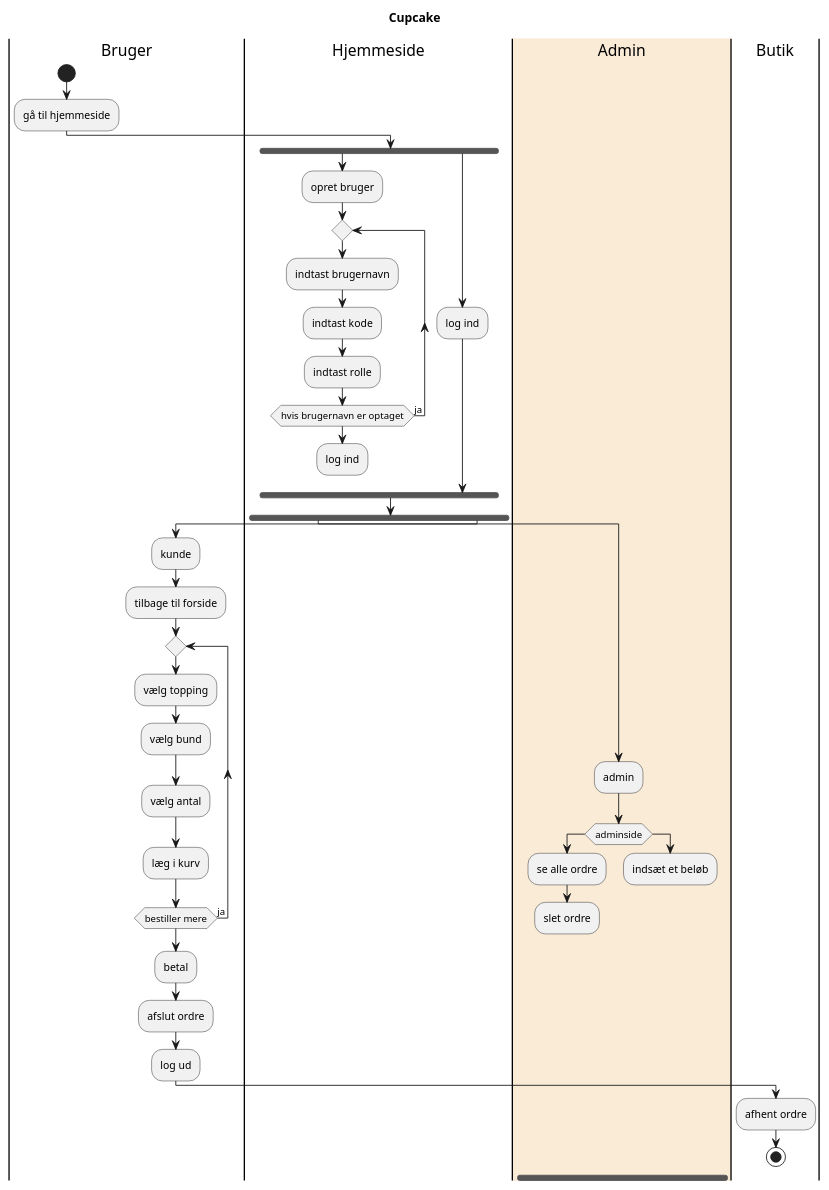
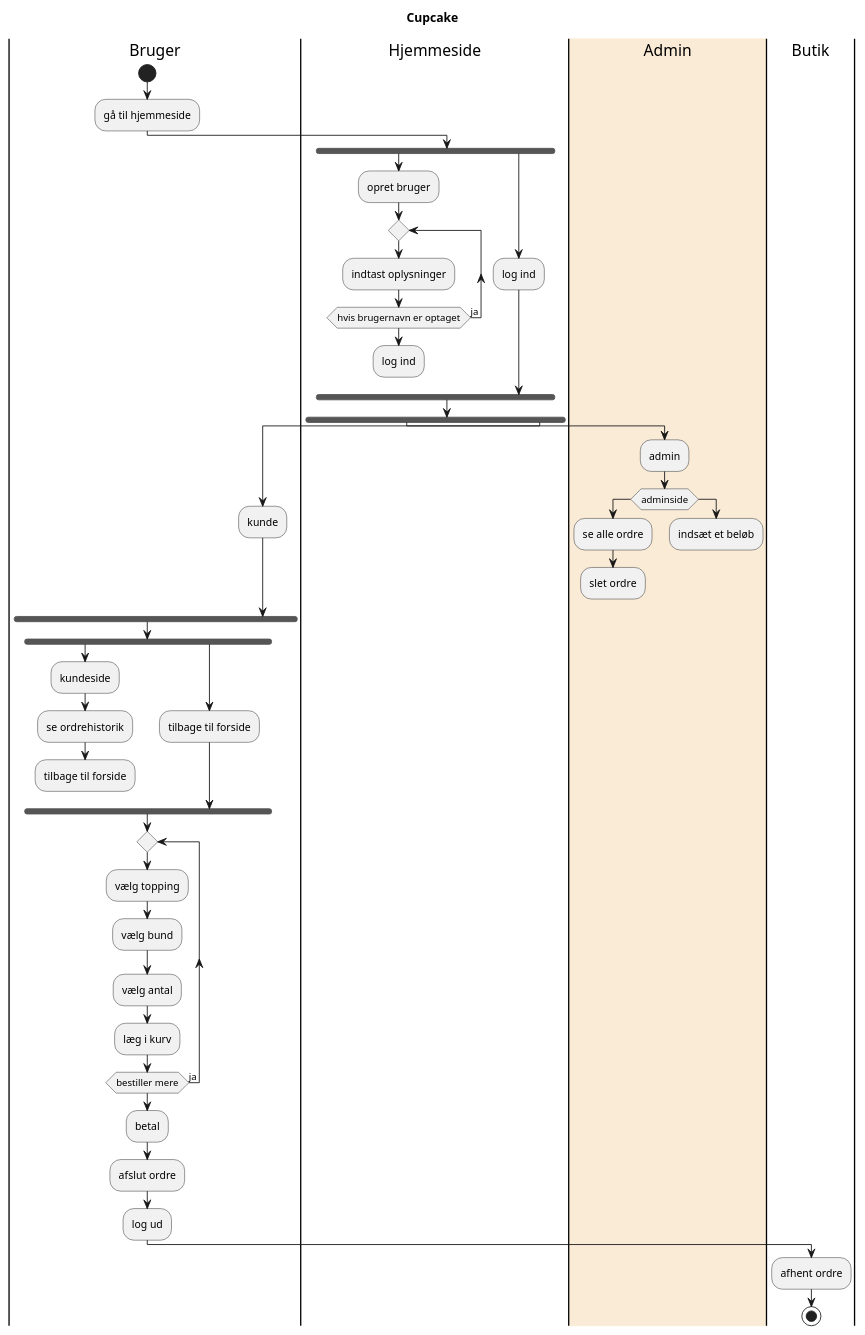
The diagram in src/main/plantuml/aktivitetsdiagram.puml (JuliusLansner/CupcakeOpgave), drawn with PlantUML before and after one commit.

Commit message:
update diagram

```diff
--- a/src/main/plantuml/aktivitetsdiagram.puml
+++ b/src/main/plantuml/aktivitetsdiagram.puml
@@ -1,45 +1,51 @@
 @startuml
 Title Cupcake
 |Bruger|
 start
 :gå til hjemmeside;
 |Hjemmeside|
 fork
 :opret bruger;
 repeat
-:indtast brugernavn;
-:indtast kode;
-:indtast rolle;
+:indtast oplysninger;
 repeat while (hvis brugernavn er optaget) is (ja)
 :log ind;
 detach
 fork again
 :log ind;
 end fork
 fork
 |#AntiqueWhite| Admin |
 :admin;
 if (adminside)
 :se alle ordre;
 :slet ordre;
 else ()
   :indsæt et beløb;
 endif
 detach
 fork again
 |Bruger|
 :kunde;
+end fork
+fork
+:kundeside;
+:se ordrehistorik;
 :tilbage til forside;
+detach
+fork again
+:tilbage til forside;
+end fork
 repeat
 :vælg topping;
 :vælg bund;
 :vælg antal;
 :læg i kurv;
 repeat while (bestiller mere) is (ja)
 :betal;
 :afslut ordre;
 :log ud;
 |Butik|
 :afhent ordre;
 stop
 @enduml
```
